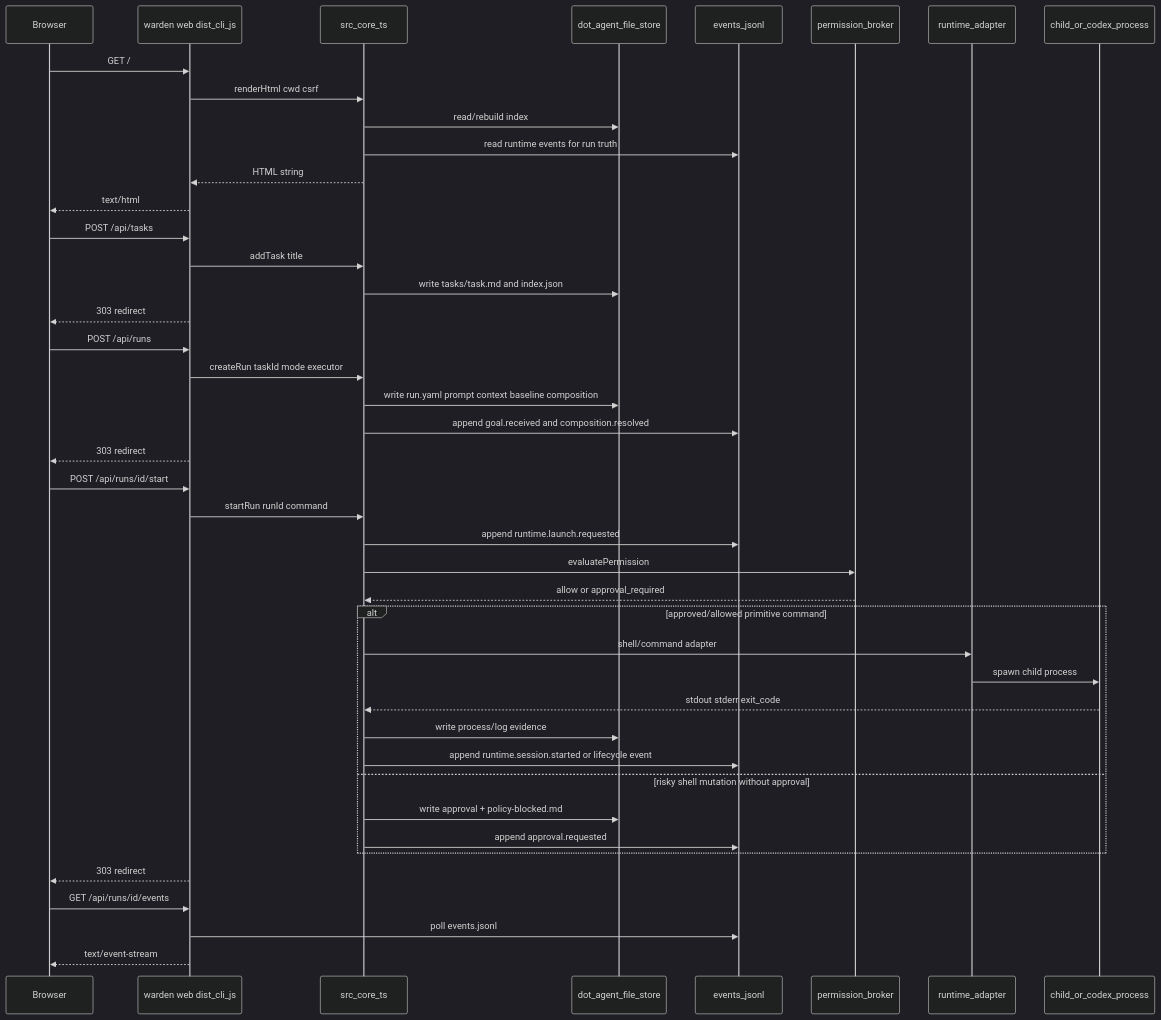
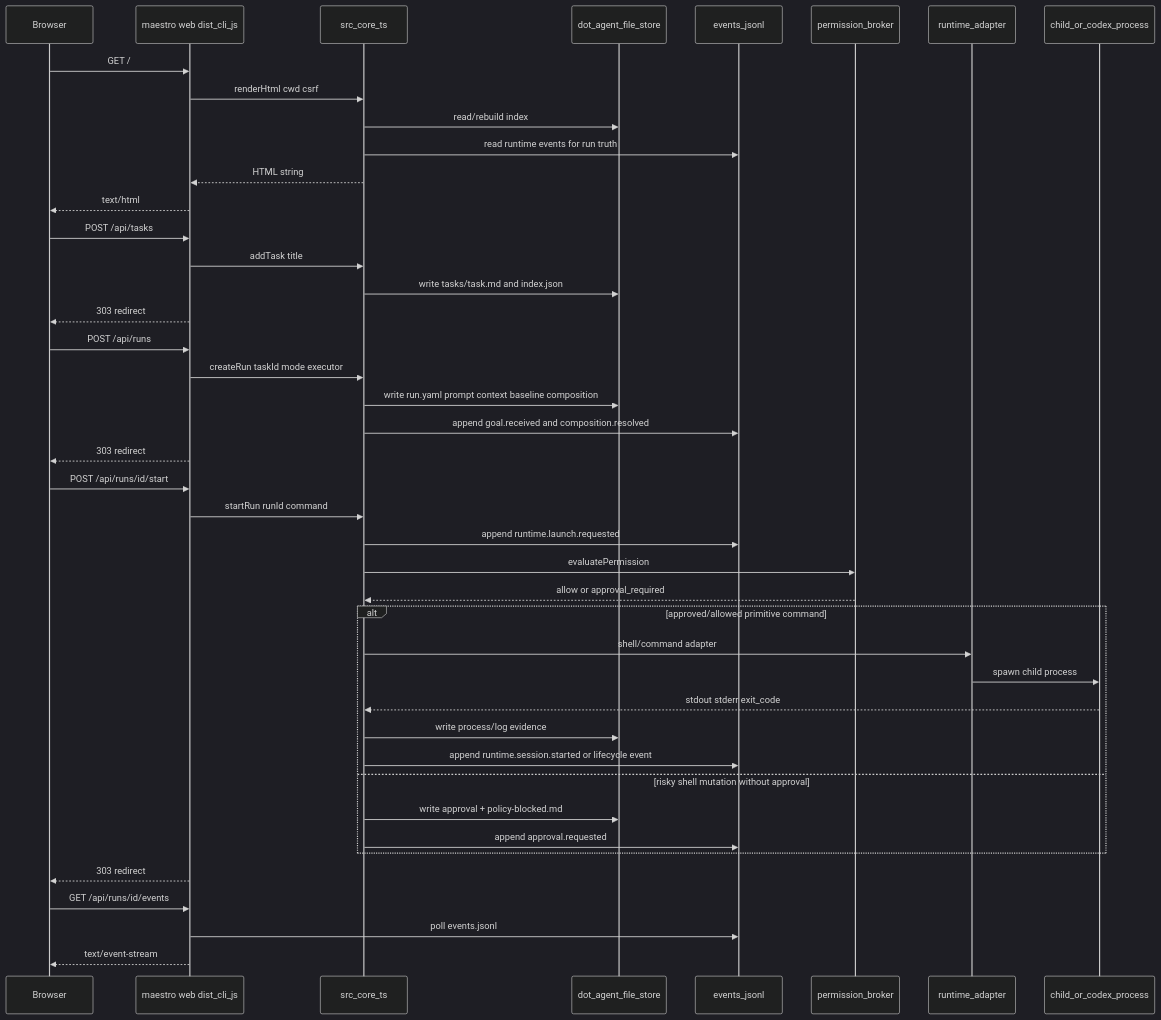
The second of 8 diagrams in docs/architecture/PHYSICAL_RUNTIME_ARCHITECTURE.md (Dongkyu-ES/maestro), drawn with Mermaid (dark theme) before and after one commit. The commit also changed other lines of this file and 31 other files, not shown here.

First line of the commit message:
refactor(rename): Warden → maestro across CLI, UI, docs, comments

````diff
--- a/docs/architecture/PHYSICAL_RUNTIME_ARCHITECTURE.md
+++ b/docs/architecture/PHYSICAL_RUNTIME_ARCHITECTURE.md
@@ -48,50 +48,50 @@
 ```mermaid
 sequenceDiagram
     participant B as Browser
-    participant S as warden web dist_cli_js
+    participant S as maestro web dist_cli_js
     participant C as src_core_ts
     participant F as dot_agent_file_store
     participant E as events_jsonl
     participant P as permission_broker
     participant R as runtime_adapter
     participant X as child_or_codex_process
 
     B->>S: GET /
     S->>C: renderHtml cwd csrf
     C->>F: read/rebuild index
     C->>E: read runtime events for run truth
     C-->>S: HTML string
     S-->>B: text/html
 
     B->>S: POST /api/tasks
     S->>C: addTask title
     C->>F: write tasks/task.md and index.json
     S-->>B: 303 redirect
 
     B->>S: POST /api/runs
     S->>C: createRun taskId mode executor
     C->>F: write run.yaml prompt context baseline composition
     C->>E: append goal.received and composition.resolved
     S-->>B: 303 redirect
 
     B->>S: POST /api/runs/id/start
     S->>C: startRun runId command
     C->>E: append runtime.launch.requested
     C->>P: evaluatePermission
     P-->>C: allow or approval_required
     alt approved/allowed primitive command
         C->>R: shell/command adapter
         R->>X: spawn child process
         X-->>C: stdout stderr exit_code
         C->>F: write process/log evidence
         C->>E: append runtime.session.started or lifecycle event
     else risky shell mutation without approval
         C->>F: write approval + policy-blocked.md
         C->>E: append approval.requested
     end
     S-->>B: 303 redirect
 
     B->>S: GET /api/runs/id/events
     S->>E: poll events.jsonl
     S-->>B: text/event-stream
 ```
````
